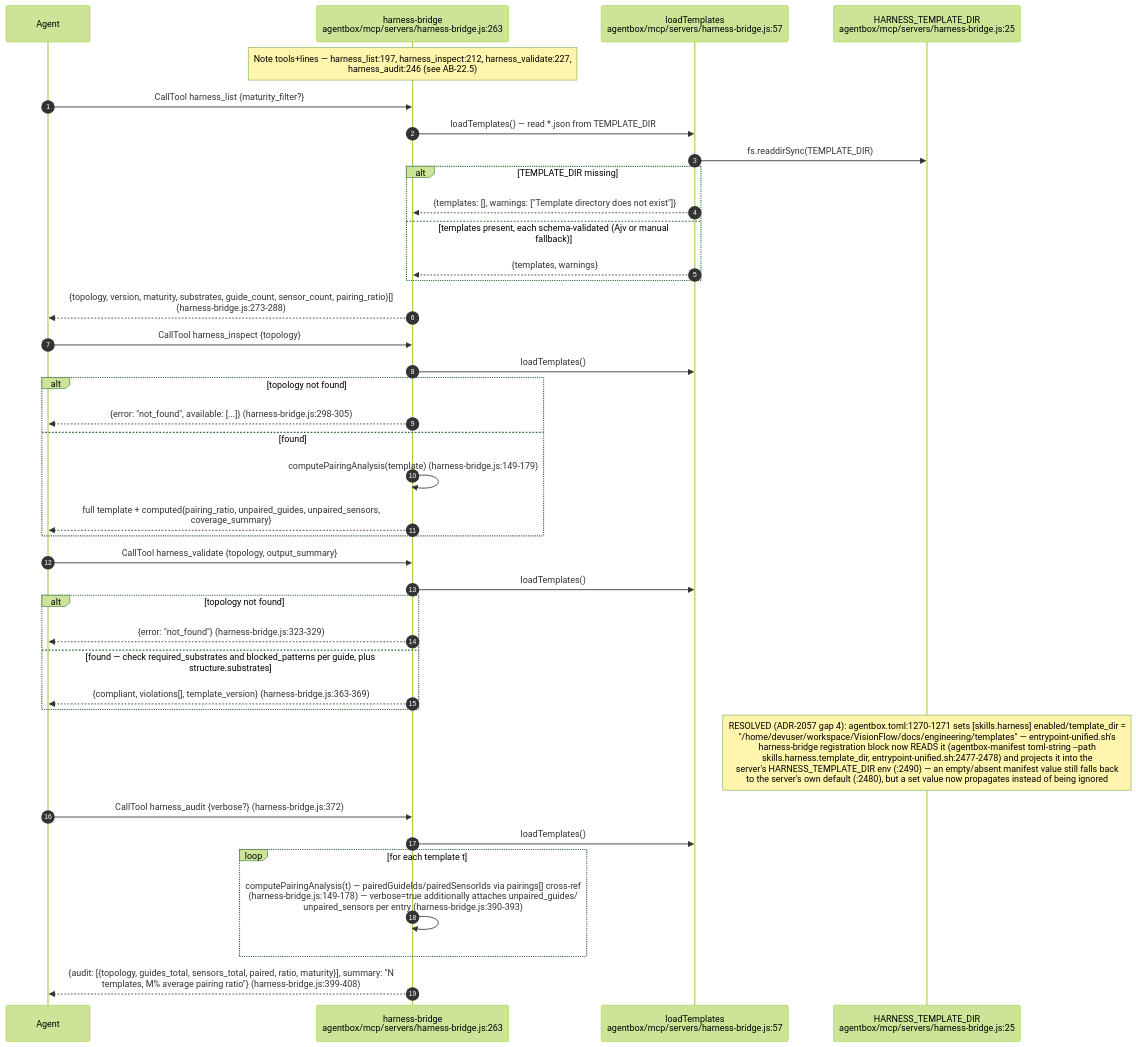
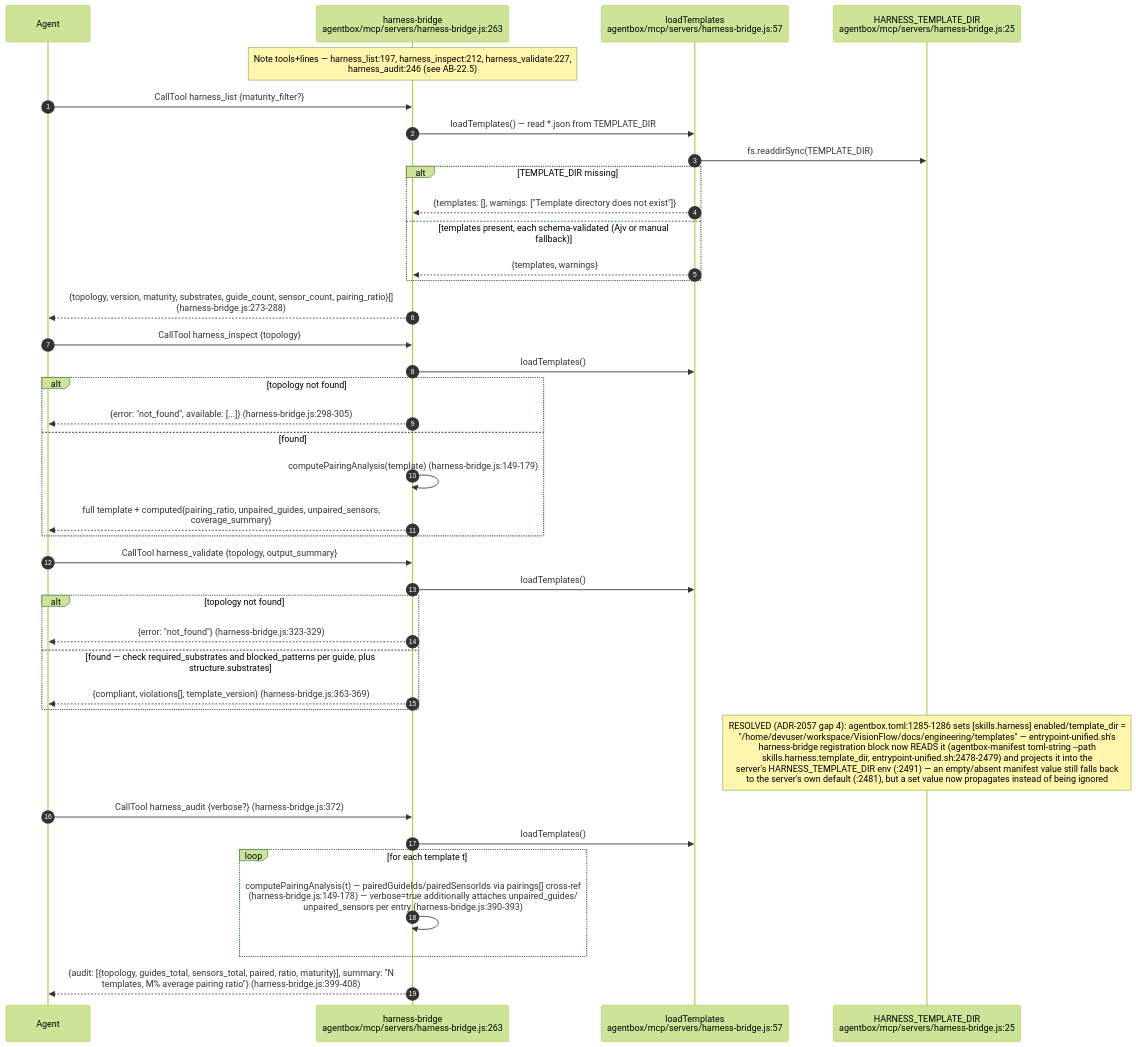
Before and after one commit to DreamLab-AI/VisionFlow: the fifth of 12 diagrams in docs/diagrams/agentbox/22-skills-and-routing.md, drawn with Mermaid (forest theme). The commit also changed other lines of this file and 173 other files, not shown here.

First line of the commit message:
docs(audit): estate audit wave 3, agentbox and VisionClaw; ledger complete

````diff
--- a/docs/diagrams/agentbox/22-skills-and-routing.md
+++ b/docs/diagrams/agentbox/22-skills-and-routing.md
@@ -216,44 +219,44 @@
 ```mermaid
 sequenceDiagram
     autonumber
     participant AG as Agent
     participant HB as harness-bridge<br/>agentbox/mcp/servers/harness-bridge.js:263
     participant LT as loadTemplates<br/>agentbox/mcp/servers/harness-bridge.js:57
     participant TD as HARNESS_TEMPLATE_DIR<br/>agentbox/mcp/servers/harness-bridge.js:25
 
     Note over HB: Note tools+lines — harness_list:197, harness_inspect:212, harness_validate:227,<br/>harness_audit:246 (see AB-22.5)
     AG->>HB: CallTool harness_list {maturity_filter?}
     HB->>LT: loadTemplates() — read *.json from TEMPLATE_DIR
     LT->>TD: fs.readdirSync(TEMPLATE_DIR)
     alt TEMPLATE_DIR missing
         LT-->>HB: {templates: [], warnings: ["Template directory does not exist"]}
     else templates present, each schema-validated (Ajv or manual fallback)
         LT-->>HB: {templates, warnings}
     end
     HB-->>AG: {topology, version, maturity, substrates, guide_count, sensor_count, pairing_ratio}[]<br/>(harness-bridge.js:273-288)
 
     AG->>HB: CallTool harness_inspect {topology}
     HB->>LT: loadTemplates()
     alt topology not found
         HB-->>AG: {error: "not_found", available: [...]} (harness-bridge.js:298-305)
     else found
         HB->>HB: computePairingAnalysis(template) (harness-bridge.js:149-179)
         HB-->>AG: full template + computed{pairing_ratio, unpaired_guides, unpaired_sensors,<br/>coverage_summary}
     end
 
     AG->>HB: CallTool harness_validate {topology, output_summary}
     HB->>LT: loadTemplates()
     alt topology not found
         HB-->>AG: {error: "not_found"} (harness-bridge.js:323-329)
     else found — check required_substrates and blocked_patterns per guide, plus structure.substrates
         HB-->>AG: {compliant, violations[], template_version} (harness-bridge.js:363-369)
     end
-    Note over TD: RESOLVED (ADR-2057 gap 4): agentbox.toml:1270-1271 sets [skills.harness] enabled/template_dir =<br/>"/home/devuser/workspace/VisionFlow/docs/engineering/templates" — entrypoint-unified.sh's<br/>harness-bridge registration block now READS it (agentbox-manifest toml-string --path<br/>skills.harness.template_dir, entrypoint-unified.sh:2477-2478) and projects it into the<br/>server's HARNESS_TEMPLATE_DIR env (:2490) — an empty/absent manifest value still falls back<br/>to the server's own default (:2480), but a set value now propagates instead of being ignored
+    Note over TD: RESOLVED (ADR-2057 gap 4): agentbox.toml:1285-1286 sets [skills.harness] enabled/template_dir =<br/>"/home/devuser/workspace/VisionFlow/docs/engineering/templates" — entrypoint-unified.sh's<br/>harness-bridge registration block now READS it (agentbox-manifest toml-string --path<br/>skills.harness.template_dir, entrypoint-unified.sh:2478-2479) and projects it into the<br/>server's HARNESS_TEMPLATE_DIR env (:2491) — an empty/absent manifest value still falls back<br/>to the server's own default (:2481), but a set value now propagates instead of being ignored
 
     AG->>HB: CallTool harness_audit {verbose?} (harness-bridge.js:372)
     HB->>LT: loadTemplates()
     loop for each template t
         HB->>HB: computePairingAnalysis(t) — pairedGuideIds/pairedSensorIds via pairings[] cross-ref<br/>(harness-bridge.js:149-178) — verbose=true additionally attaches unpaired_guides/<br/>unpaired_sensors per entry (harness-bridge.js:390-393)
     end
     HB-->>AG: {audit: [{topology, guides_total, sensors_total, paired, ratio, maturity}], summary: "N<br/>templates, M% average pairing ratio"} (harness-bridge.js:399-408)
 ```
````
